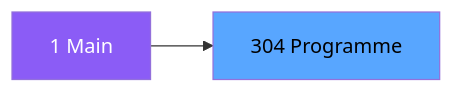
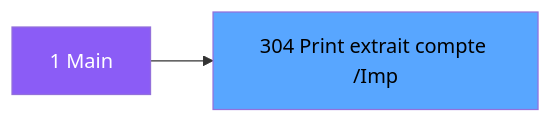
One commit to thonyAGP/magic-migration changed the second of 3 diagrams in .openspec/specs/ADH-IDE-304.md. Above: the diagram before and after it, drawn with Mermaid. The commit also changed other lines of this file and 323 other files, not shown here.

````diff
--- a/.openspec/specs/ADH-IDE-304.md
+++ b/.openspec/specs/ADH-IDE-304.md
@@ -102,8 +116,8 @@
 ```mermaid
 graph LR
     M[1 Main]
-    T[304 Programme]
+    T[304 Print extrait compte /Imp]
     M --> T
     style M fill:#8b5cf6,color:#fff
     style T fill:#58a6ff,color:#000
 ```
````
